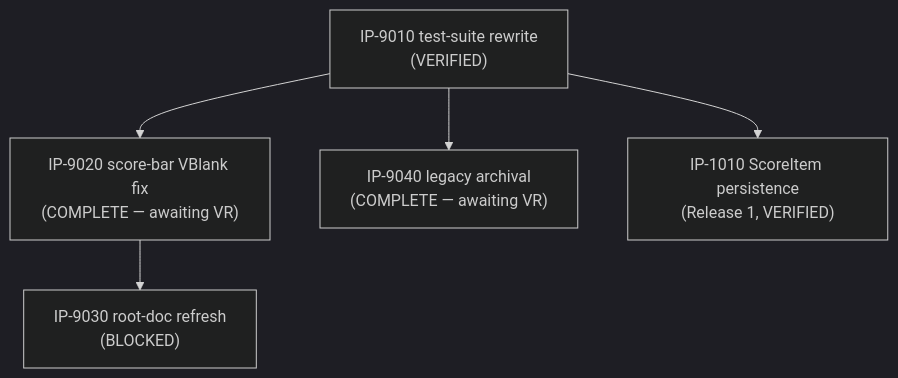
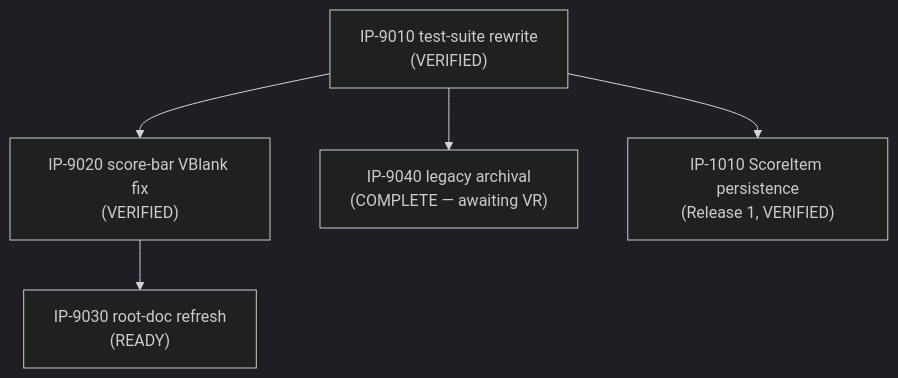
The diagram in docs/implementation/00-master-build-plan.md (Zabin/RsGame), drawn with Mermaid (dark theme) before and after one commit. The commit also changed other lines of this file and 3 other files, not shown here.

First line of the commit message:
docs(verification): VR-9020 -- IP-9020 VERIFIED, IP-9030 unblocked to READY

````diff
--- a/docs/implementation/00-master-build-plan.md
+++ b/docs/implementation/00-master-build-plan.md
@@ -26,12 +26,12 @@
 ```mermaid
 graph TD
     IP9010["IP-9010 test-suite rewrite<br/>(VERIFIED)"]
-    IP9020["IP-9020 score-bar VBlank fix<br/>(COMPLETE — awaiting VR)"]
-    IP9030["IP-9030 root-doc refresh<br/>(BLOCKED)"]
+    IP9020["IP-9020 score-bar VBlank fix<br/>(VERIFIED)"]
+    IP9030["IP-9030 root-doc refresh<br/>(READY)"]
     IP9040["IP-9040 legacy archival<br/>(COMPLETE — awaiting VR)"]
     IP1010["IP-1010 ScoreItem persistence<br/>(Release 1, VERIFIED)"]
     IP9010 --> IP9020
     IP9010 --> IP9040
     IP9010 --> IP1010
     IP9020 --> IP9030
 ```
````
